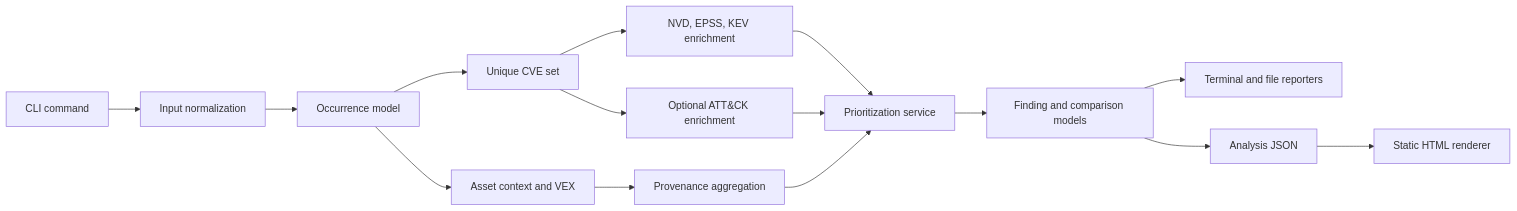
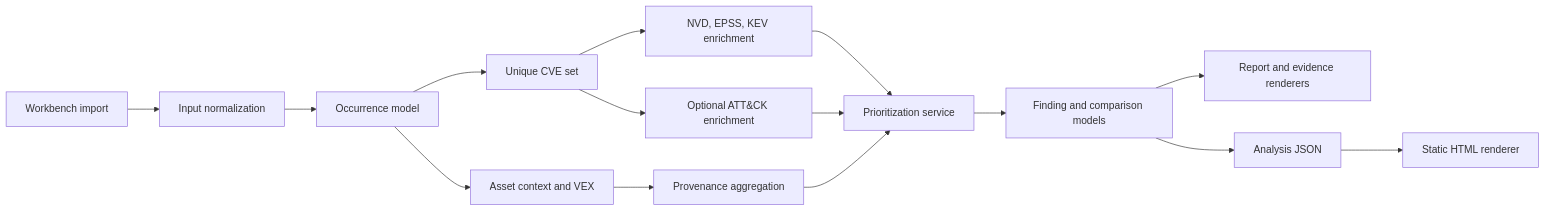
One commit to Noetheon/vuln-prioritizer-workbench changed the diagram in docs/architecture/index.md. Above: the diagram before and after it, drawn with Mermaid. The commit also changed other lines of this file and 550 other files, not shown here.

````diff
--- a/docs/architecture/index.md
+++ b/docs/architecture/index.md
@@ -16,17 +21,17 @@
 ```mermaid
 flowchart LR
-  A["CLI command"] --> B["Input normalization"]
+  A["Workbench import"] --> B["Input normalization"]
   B --> C["Occurrence model"]
   C --> D["Unique CVE set"]
   C --> E["Asset context and VEX"]
   D --> F["NVD, EPSS, KEV enrichment"]
   D --> G["Optional ATT&CK enrichment"]
   E --> H["Provenance aggregation"]
   F --> I["Prioritization service"]
   G --> I
   H --> I
   I --> J["Finding and comparison models"]
-  J --> K["Terminal and file reporters"]
+  J --> K["Report and evidence renderers"]
   J --> L["Analysis JSON"]
   L --> M["Static HTML renderer"]
 ```
````
